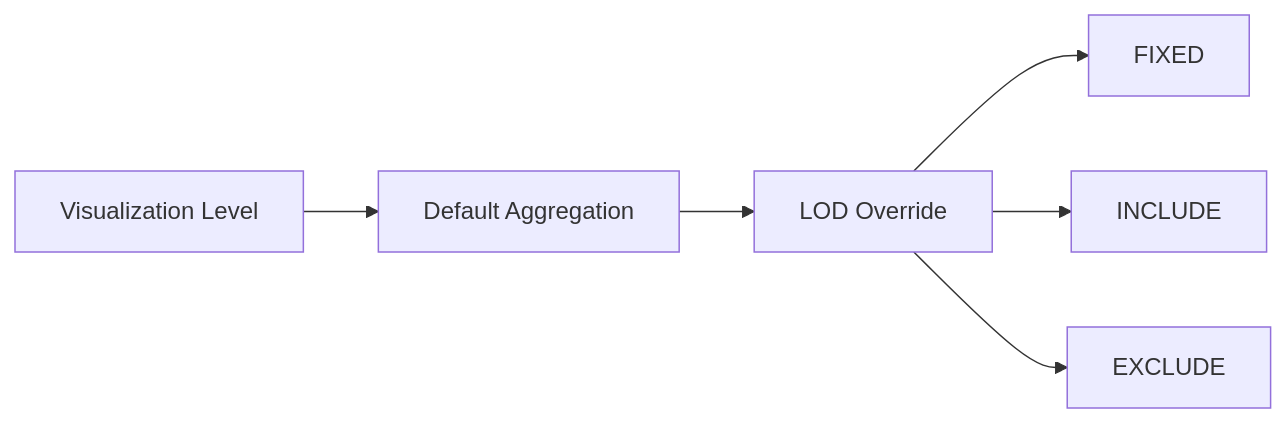
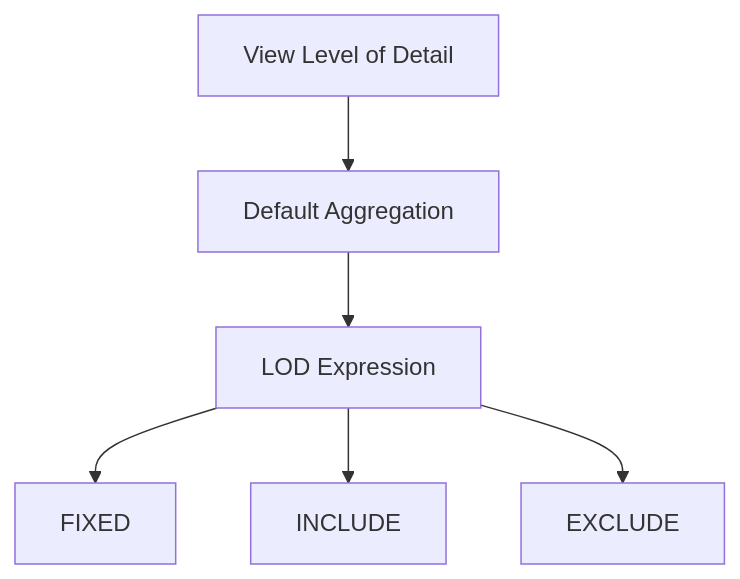
One commit to hovhannisyan91/aca changed the fifth of 7 diagrams in materials/tableau/session2.qmd. Above: the diagram before and after it, drawn with Mermaid. The commit also changed other lines of this file and 1 other file, not shown here.

````diff
--- a/materials/tableau/session2.qmd
+++ b/materials/tableau/session2.qmd
@@ -1409,8 +1421,8 @@
 ```{mermaid}
-flowchart LR
-A[Visualization Level] --> B[Default Aggregation]
-B --> C[LOD Override]
+flowchart TD
+A[View Level of Detail] --> B[Default Aggregation]
+B --> C[LOD Expression]
 C --> D[FIXED]
 C --> E[INCLUDE]
 C --> F[EXCLUDE]
 ```
````
